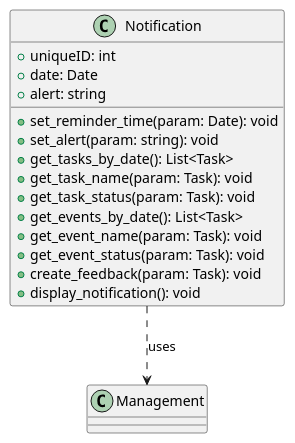
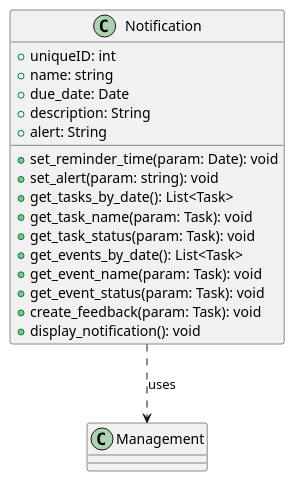
Before and after one commit to CS361-2024Fall-Term/Innovators: the diagram in assignment6/task.puml, drawn with PlantUML. The commit also changed 2 other files, not shown here.

```diff
--- a/assignment6/task.puml
+++ b/assignment6/task.puml
@@ -1,23 +1,25 @@
 @startuml
 
 class Notification {
   +uniqueID: int  
-  +date: Date
-  +alert: string
+  +name: string
+  +due_date: Date
+  +description: String
+  +alert: String
   
   +set_reminder_time(param: Date): void
   +set_alert(param: string): void
   +get_tasks_by_date(): List<Task>
   +get_task_name(param: Task): void
   +get_task_status(param: Task): void
   +get_events_by_date(): List<Task>
   +get_event_name(param: Task): void
   +get_event_status(param: Task): void
   +create_feedback(param: Task): void
   +display_notification(): void
 }
 
 Notification ..> Management: uses
 
 
 @enduml
```
